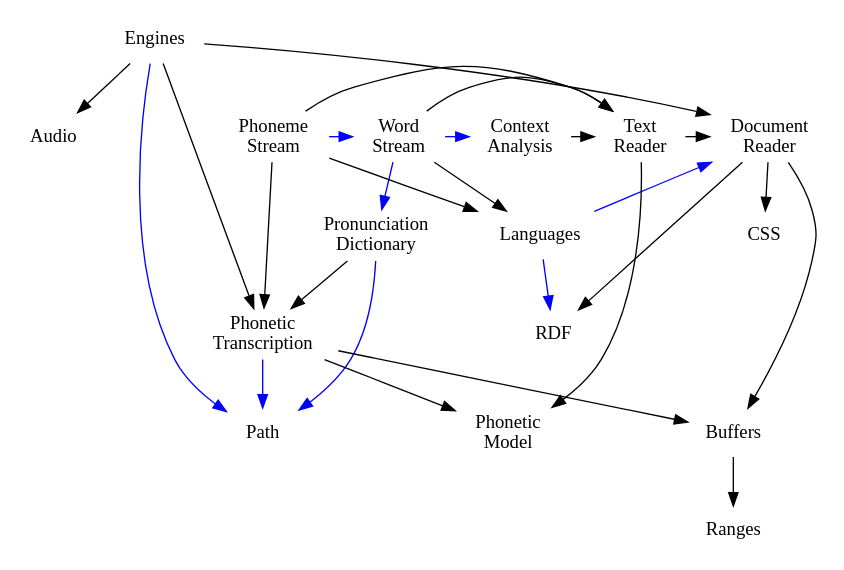
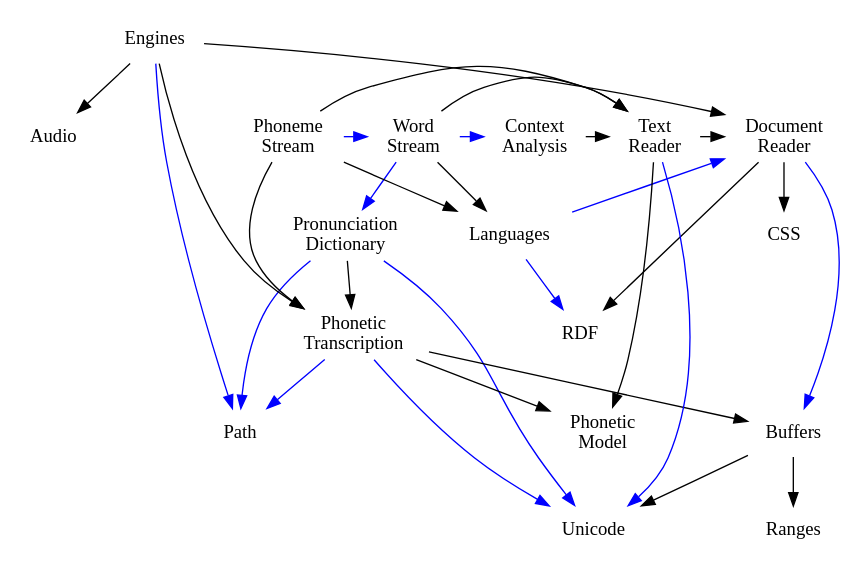
Before and after one commit to rhdunn/cainteoir-engine: the diagram in docs/api/src/architecture.dot, drawn with Graphviz. The commit also changed 3 other files, not shown here.

Commit message:
api: split out the encoding group into encoding and unicode

```diff
--- a/docs/api/src/architecture.dot
+++ b/docs/api/src/architecture.dot
@@ -1,70 +1,77 @@
 digraph "Architecture" {
 
 	audio                  [shape=none, label="Audio", URL="group__audio.html"]
 	buffers                [shape=none, label="Buffers", URL="group__buffers.html"]
 	css                    [shape=none, label="CSS", URL="group__css.html"]
 	dictionary             [shape=none, label="Pronunciation&#x0A;Dictionary", URL="group__dictionary.html"]
 	languages              [shape=none, label="Languages", URL="group__languages.html"]
 	path                   [shape=none, label="Path", URL="group__path.html"]
 	phoneme_model          [shape=none, label="Phonetic&#x0A;Model", URL="group__phoneme.html"]
 	phoneme_transcription  [shape=none, label="Phonetic&#x0A;Transcription", URL="group__phonetic__transcription.html"]
 	ranges                 [shape=none, label="Ranges", URL="group__ranges.html"]
 	rdf                    [shape=none, label="RDF", URL="group__rdf.html"]
 	tts_engines            [shape=none, label="Engines", URL="group__tts__engines.html"]
+	unicode                [shape=none, label="Unicode", URL="group__unicode.html"]
 
 	subgraph { rank=same;
 
 	document_reader        [shape=none, label="Document&#x0A;Reader", URL="group__document__reader.html"]
 	text_reader            [shape=none, label="Text&#x0A;Reader", URL="group__text__reader.html"]
 	context_analysis       [shape=none, label="Context&#x0A;Analysis", URL="group__context__analysis.html"]
 	word_stream            [shape=none, label="Word&#x0A;Stream", URL="group__word__stream.html"]
 	phoneme_stream         [shape=none, label="Phoneme&#x0A;Stream", URL="group__phoneme__stream.html"]
 
 	}
 
 	// usage (API)
 
 	buffers -> ranges [color=black]
+	buffers -> unicode [color=black]
 
 	dictionary -> phoneme_transcription [color=black]
 
-	document_reader -> buffers [color=black]
 	document_reader -> rdf     [color=black]
 	document_reader -> css     [color=black]
 
 	phoneme_transcription -> buffers [color=black]
 	phoneme_transcription -> phoneme_model [color=black]
 
 	text_reader -> phoneme_model [color=black]
 	text_reader -> document_reader [color=black]
 
 	context_analysis -> text_reader [color=black]
 
 	word_stream -> text_reader [color=black]
 	word_stream -> languages [color=black]
 
 	phoneme_stream -> text_reader [color=black]
 	phoneme_stream -> languages [color=black]
 	phoneme_stream -> phoneme_transcription [color=black]
 
 	tts_engines -> document_reader [color=black]
 	tts_engines -> audio [color=black]
 	tts_engines -> phoneme_transcription [color=black]
 
 	// usage (implementation)
 
 	dictionary -> path [color=blue]
+	dictionary -> unicode [color=blue]
+
+	document_reader -> buffers [color=blue]
 
 	languages -> rdf [color=blue]
 	languages -> document_reader [color=blue]
 
 	phoneme_transcription -> path [color=blue]
+	phoneme_transcription -> unicode [color=blue]
 
 	tts_engines -> path [color=blue]
+
+	text_reader -> unicode [color=blue]
 
 	word_stream -> context_analysis [color=blue]
 	word_stream -> dictionary [color=blue]
 
 	phoneme_stream -> word_stream [color=blue]
 
 }
```
